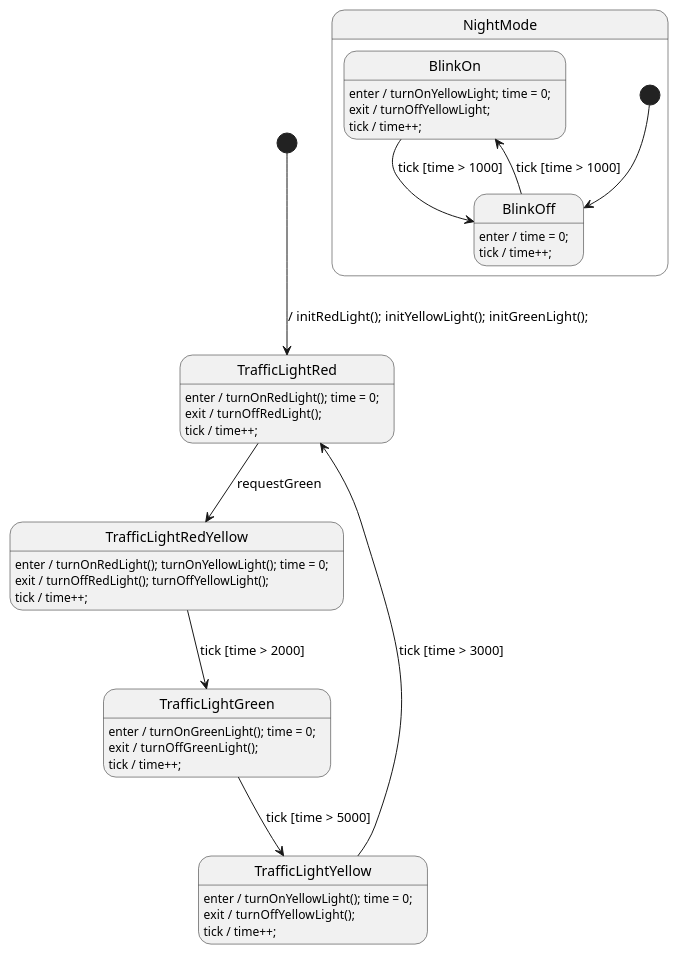
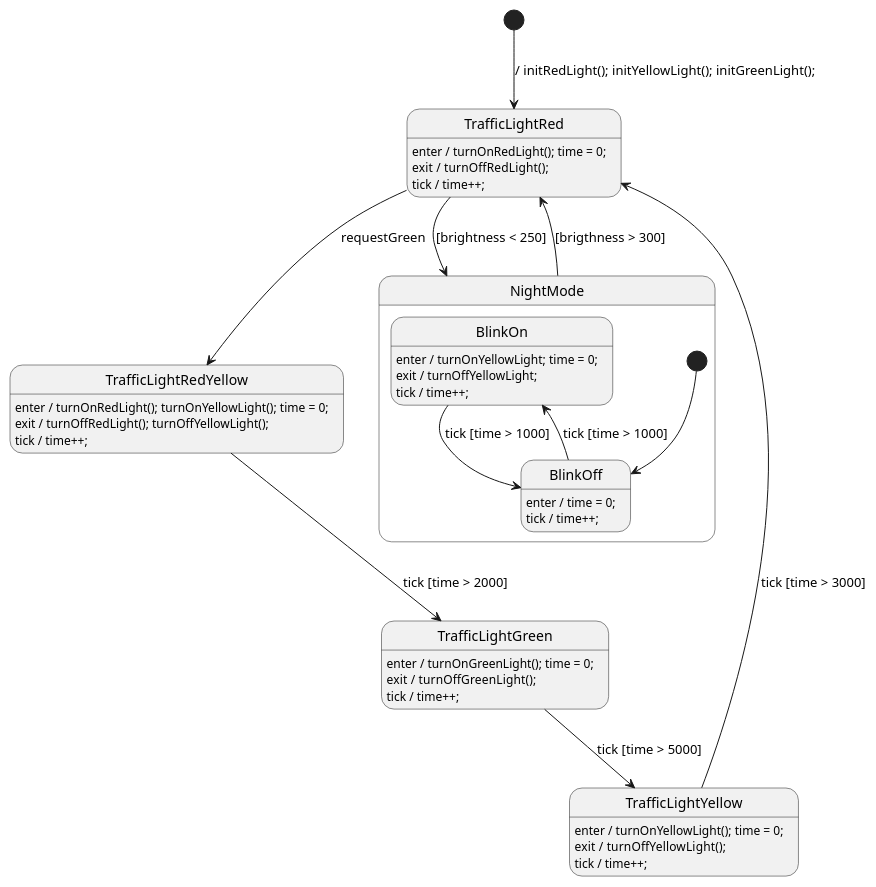
One commit to valentin-haub/esp32-traffic-light-management-system changed the diagram in State_machine/TrafficLight.plantuml. Above: the diagram before and after it, drawn with PlantUML.

Commit message:
State Machine weiter angepasst: NightMode Übergänge inkl Guards für Helligkeitswert (später durch Puti)

```diff
--- a/State_machine/TrafficLight.plantuml
+++ b/State_machine/TrafficLight.plantuml
@@ -1,87 +1,92 @@
 @startuml TrafficLight
 
 ' //////////////////////// STATE ORGANIZATION ///////////////////////
 ' Note: StateSmith treats state names and events as case insensitive.
 ' More info: https://github.com/StateSmith/StateSmith/wiki/PlantUML
 
 state TrafficLightRed
 state TrafficLightRedYellow
 state TrafficLightGreen
 state TrafficLightYellow
 
 state NightMode {
     state BlinkOn
     state BlinkOff
 
     [*] --> BlinkOff
 
     ' BlinkOff
     BlinkOff: enter / time = 0;
     BlinkOff: tick / time++;
     BlinkOff --> BlinkOn : tick [time > 1000]
 
     ' BlinkOn
     BlinkOn: enter / turnOnYellowLight; time = 0;
     BlinkOn: exit / turnOffYellowLight;
     BlinkOn: tick / time++;
     BlinkOn --> BlinkOff : tick [time > 1000]
 }
 
 
 ' ///////////////////////// STATE HANDLERS /////////////////////////
 ' Syntax: https://github.com/StateSmith/StateSmith/wiki/Behaviors
 
 [*] --> TrafficLightRed : / initRedLight(); initYellowLight(); initGreenLight();
 
 ' TrafficLightRed
 TrafficLightRed: enter / turnOnRedLight(); time = 0;
 TrafficLightRed: exit  / turnOffRedLight();
 TrafficLightRed: tick / time++;
 TrafficLightRed --> TrafficLightRedYellow : requestGreen
+TrafficLightRed --> NightMode : [brightness < 250]
 
 ' TrafficLightRedYellow
 TrafficLightRedYellow: enter / turnOnRedLight(); turnOnYellowLight(); time = 0;
 TrafficLightRedYellow: exit / turnOffRedLight(); turnOffYellowLight();
 TrafficLightRedYellow: tick / time++;
 TrafficLightRedYellow --> TrafficLightGreen : tick [time > 2000]
 
 ' TrafficLightGreen
 TrafficLightGreen: enter / turnOnGreenLight(); time = 0;
 TrafficLightGreen: exit  / turnOffGreenLight();
 TrafficLightGreen: tick / time++;
 TrafficLightGreen --> TrafficLightYellow : tick [time > 5000]
 
 ' TrafficLightYellow
 TrafficLightYellow: enter / turnOnYellowLight(); time = 0;
 TrafficLightYellow: exit  / turnOffYellowLight();
 TrafficLightYellow: tick / time++;
 TrafficLightYellow --> TrafficLightRed : tick [time > 3000]
 
+' NightMode
+NightMode --> TrafficLightRed : [brigthness > 300]
+
 
 ' //////////////////////// StateSmith config ////////////////////////
 ' The below special comment block sets the StateSmith configuration.
 ' More info: https://github.com/StateSmith/StateSmith/issues/335
 
 /'! $CONFIG : toml
 
 [RenderConfig]
 FileTop = """
     """
 AutoExpandedVars = """
     uint16_t time;
+    uint16_t brightness;
     """
 
 [RenderConfig.C]
 CFileExtension = ".cpp"
 HFileExtension = ".hpp"
 HFileIncludes = """
     #include <stdint.h> // for time var
     """
 CFileIncludes = """
     #include "driver.hpp"
     """
 
 [SmRunnerSettings]
 transpilerId = "C99"
 '/
 @enduml
```
